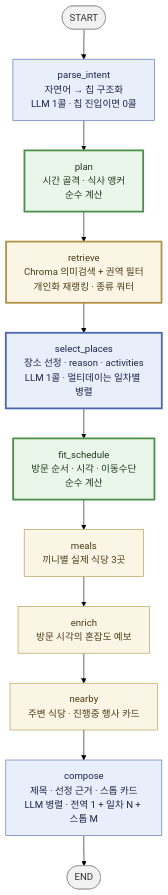
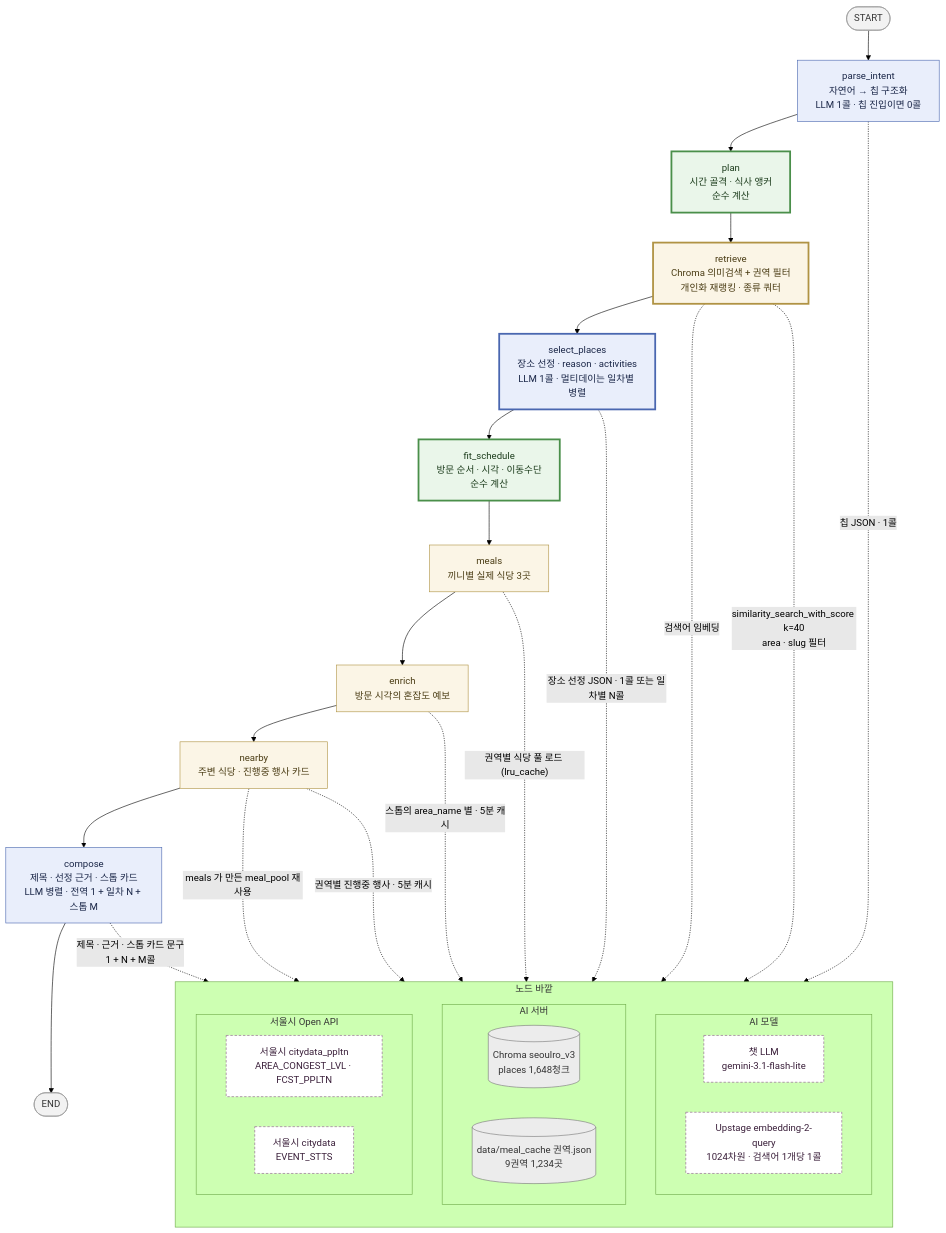
One commit to seoddhh/lewisai changed the second of 3 diagrams in README.md. Above: the diagram before and after it, drawn with Mermaid (forest theme). The commit also changed other lines of this file and 1 other file, not shown here.

````diff
--- a/README.md
+++ b/README.md
@@ -123,27 +120,60 @@
 ```mermaid
 flowchart TD
     S(["START"]) --> PI
 
     PI["parse_intent<br/>자연어 → 칩 구조화<br/>LLM 1콜 · 칩 진입이면 0콜"]
     PL["plan<br/>시간 골격 · 식사 앵커<br/>순수 계산"]
     RT["retrieve<br/>Chroma 의미검색 + 권역 필터<br/>개인화 재랭킹 · 종류 쿼터"]
     SP["select_places<br/>장소 선정 · reason · activities<br/>LLM 1콜 · 멀티데이는 일차별 병렬"]
     FS["fit_schedule<br/>방문 순서 · 시각 · 이동수단<br/>순수 계산"]
     ML["meals<br/>끼니별 실제 식당 3곳"]
     EN["enrich<br/>방문 시각의 혼잡도 예보"]
     NB["nearby<br/>주변 식당 · 진행중 행사 카드"]
     CP["compose<br/>제목 · 선정 근거 · 스톱 카드<br/>LLM 병렬 · 전역 1 + 일차 N + 스톱 M"]
 
     PI --> PL --> RT --> SP --> FS --> ML --> EN --> NB --> CP --> E(["END"])
 
+    subgraph ext["노드 바깥"]
+        direction TB
+        subgraph aiModels["AI 모델"]
+            direction LR
+            LLM["챗 LLM<br/>gemini-3.1-flash-lite"]
+            EMB["Upstage embedding-2-query<br/>1024차원 · 검색어 1개당 1콜"]
+        end
+        subgraph localStore["AI 서버"]
+            direction LR
+            CHR[("Chroma seoulro_v3<br/>places 1,648청크")]
+            MCF[("data/meal_cache 권역.json<br/>9권역 1,234곳")]
+        end
+        subgraph seoulApi["서울시 Open API"]
+            direction LR
+            PPL["서울시 citydata_ppltn<br/>AREA_CONGEST_LVL · FCST_PPLTN"]
+            CTY["서울시 citydata<br/>EVENT_STTS"]
+        end
+    end
+
+    PI -. "칩 JSON · 1콜" .-> LLM
+    RT -. "검색어 임베딩" .-> EMB
+    RT -. "similarity_search_with_score k=40<br/>area · slug 필터" .-> CHR
+    SP -. "장소 선정 JSON · 1콜 또는 일차별 N콜" .-> LLM
+    ML -. "권역별 식당 풀 로드 (lru_cache)" .-> MCF
+    EN -. "스톱의 area_name 별 · 5분 캐시" .-> PPL
+    NB -. "meals 가 만든 meal_pool 재사용" .-> MCF
+    NB -. "권역별 진행중 행사 · 5분 캐시" .-> CTY
+    CP -. "제목 · 근거 · 스톱 카드 문구<br/>1 + N + M콜" .-> LLM
+
     classDef pure fill:#eaf6ea,stroke:#4a8f4a,color:#1d3d1d
     classDef ai fill:#e9eefb,stroke:#4a67b0,color:#1b2748
     classDef io fill:#fbf5e6,stroke:#b09344,color:#4a3c14
     classDef term fill:#f2f2f2,stroke:#999,color:#333
     classDef branch stroke-width:3px
+    classDef net fill:#fff,stroke:#8a5a8a,color:#3a1f3a,stroke-dasharray:4 3
+    classDef local fill:#ececec,stroke:#777,color:#333
     class PL,FS pure
     class PI,SP,CP ai
     class RT,ML,EN,NB io
     class S,E term
     class PL,RT,SP,FS branch
+    class LLM,EMB,PPL,CTY net
+    class CHR,MCF local
 ```
````
